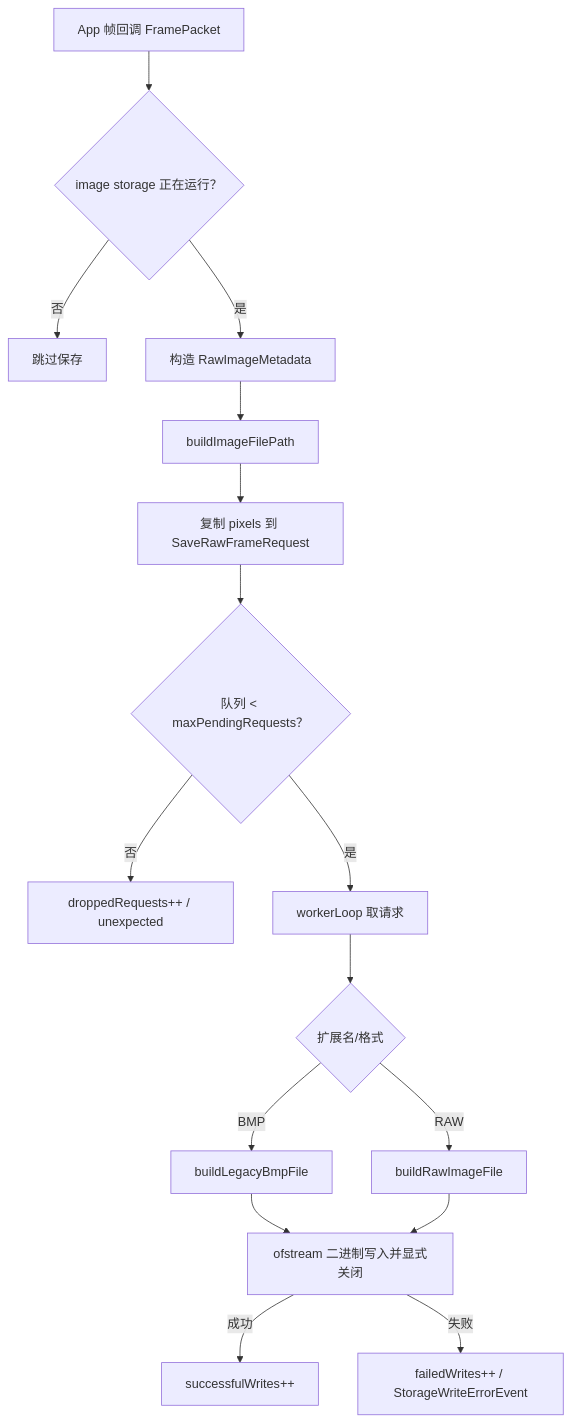
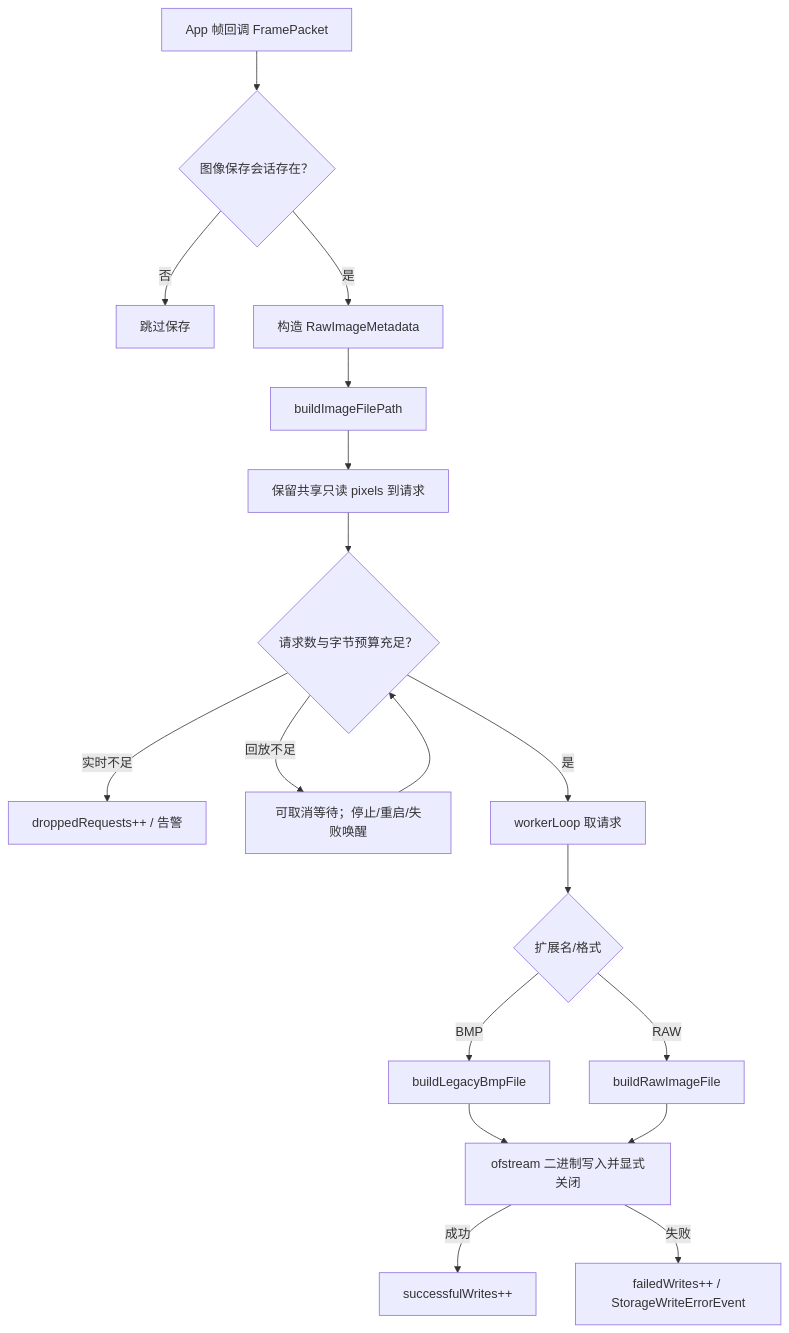
One commit to with-fair-wind/1mZGG changed the fourth of 6 diagrams in docs/module-storage.md. Above: the diagram before and after it, drawn with Mermaid. The commit also changed other lines of this file and 27 other files, not shown here.

````diff
--- a/docs/module-storage.md
+++ b/docs/module-storage.md
@@ -187,18 +193,20 @@
 ```mermaid
 flowchart TD
-    FRAME["App 帧回调 FramePacket"] --> CHECK{"image storage 正在运行？"}
+    FRAME["App 帧回调 FramePacket"] --> CHECK{"图像保存会话存在？"}
     CHECK -->|"否"| SKIP["跳过保存"]
     CHECK -->|"是"| META["构造 RawImageMetadata"]
     META --> PATH["buildImageFilePath"]
-    PATH --> COPY["复制 pixels 到 SaveRawFrameRequest"]
-    COPY --> Q{"队列 < maxPendingRequests？"}
-    Q -->|"否"| DROP["droppedRequests++ / unexpected"]
+    PATH --> COPY["保留共享只读 pixels 到请求"]
+    COPY --> Q{"请求数与字节预算充足？"}
+    Q -->|"实时不足"| DROP["droppedRequests++ / 告警"]
+    Q -->|"回放不足"| WAIT["可取消等待；停止/重启/失败唤醒"]
+    WAIT --> Q
     Q -->|"是"| WORKER["workerLoop 取请求"]
     WORKER --> FORMAT{"扩展名/格式"}
     FORMAT -->|"BMP"| BMP["buildLegacyBmpFile"]
     FORMAT -->|"RAW"| RAW["buildRawImageFile"]
     BMP --> WRITE["ofstream 二进制写入并显式关闭"]
     RAW --> WRITE
     WRITE -->|"成功"| OK["successfulWrites++"]
     WRITE -->|"失败"| ERR["failedWrites++ / StorageWriteErrorEvent"]
 ```
````
